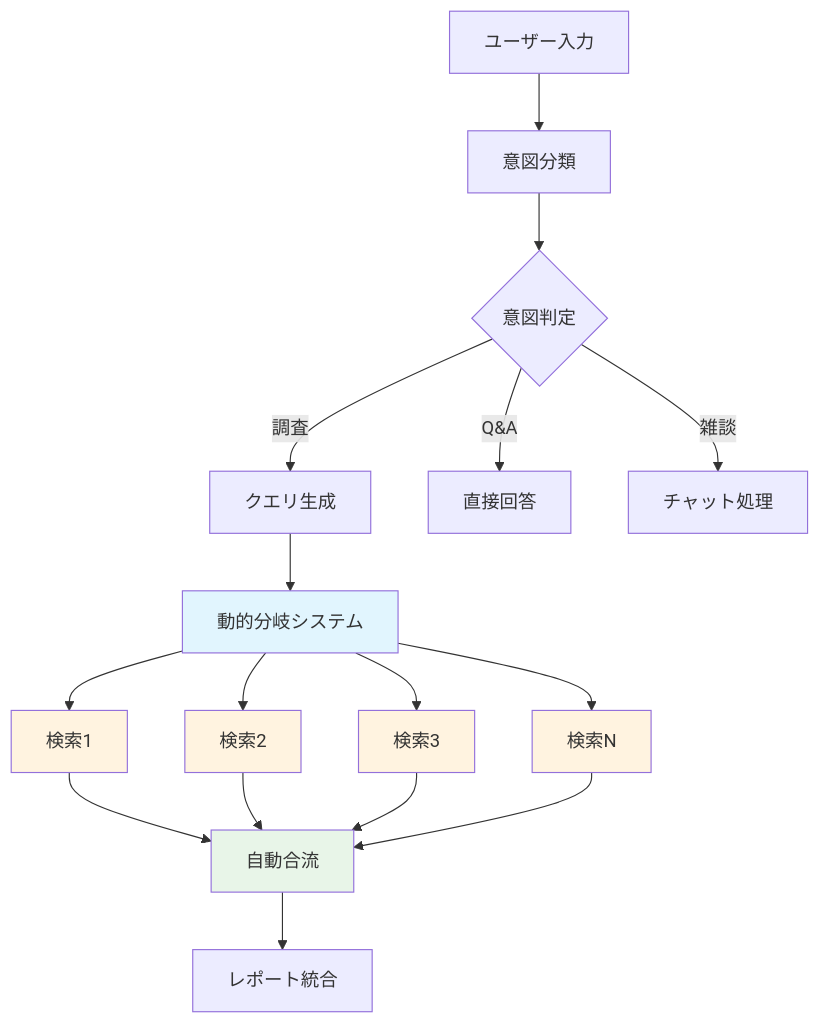
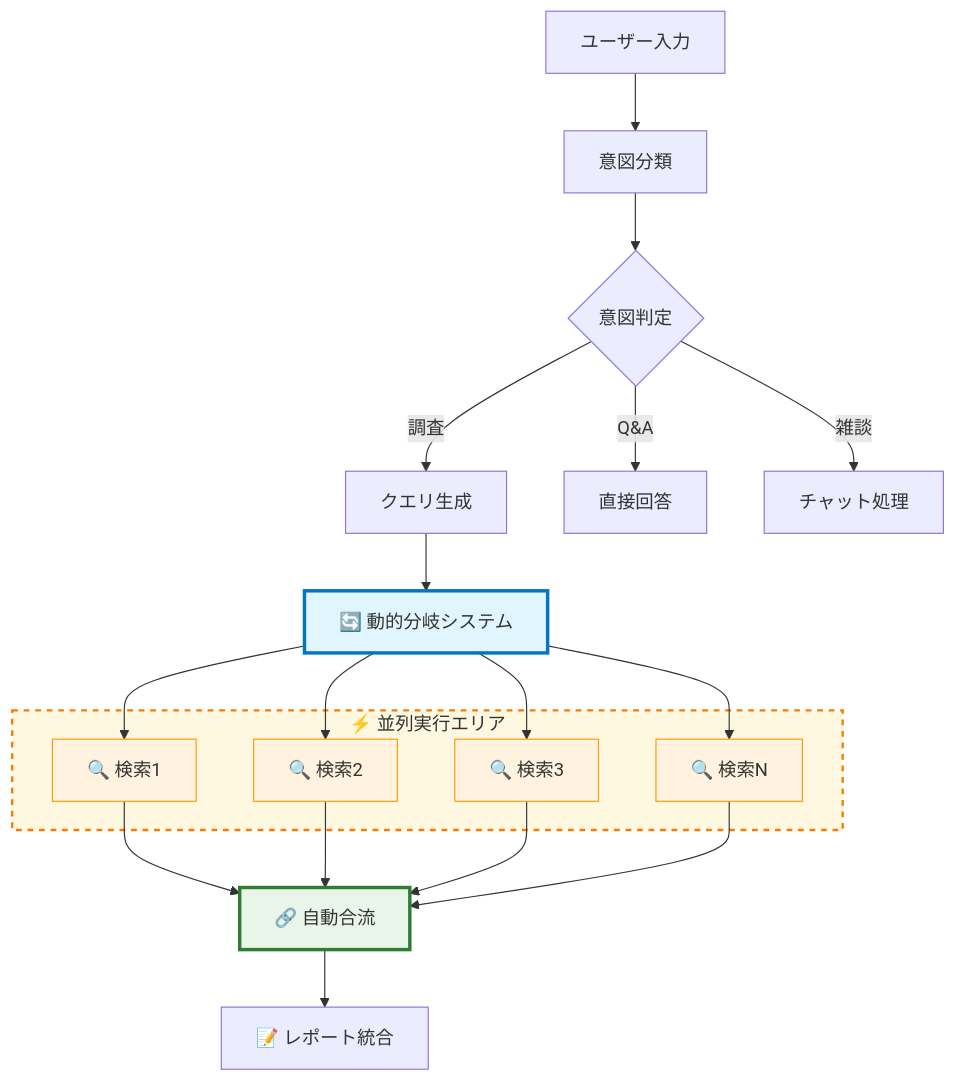
The first of 2 diagrams in README.md (Daku-on/openai-go-demo), drawn with Mermaid before and after one commit. The commit also changed other lines of this file, not shown here.

Commit message:
Update README.md with enhanced Mermaid diagrams and visual styling
- Add visual enhancements to Mermaid flowcharts with emojis and color coding
- Improve parallel execution visualization with subgraph styling
- Add consistent stroke and fill styling across all diagram elements
- Update both Japanese and English versions for consistency

🤖 Generated with [Claude Code](https://claude.ai/code)

````diff
--- a/README.md
+++ b/README.md
@@ -48,28 +48,37 @@
 ```mermaid
 flowchart TD
     A["ユーザー入力"] --> B["意図分類"]
     B --> C{"意図判定"}
     C -->|調査| D["クエリ生成"]
     C -->|Q&A| E["直接回答"]
     C -->|雑談| F["チャット処理"]
     
-    D --> G["動的分岐システム"]
-    G --> H1["検索1"]
-    G --> H2["検索2"] 
-    G --> H3["検索3"]
-    G --> H4["検索N"]
+    D --> G["🔄 動的分岐システム"]
     
-    H1 --> I["自動合流"]
+    subgraph parallel ["⚡ 並列実行エリア"]
+        H1["🔍 検索1"]
+        H2["🔍 検索2"] 
+        H3["🔍 検索3"]
+        H4["🔍 検索N"]
+    end
+    
+    G --> H1
+    G --> H2
+    G --> H3
+    G --> H4
+    
+    H1 --> I["🔗 自動合流"]
     H2 --> I
     H3 --> I
     H4 --> I
     
-    I --> J["レポート統合"]
+    I --> J["📝 レポート統合"]
     
-    style G fill:#e1f5fe
-    style I fill:#e8f5e8
-    style H1 fill:#fff3e0
-    style H2 fill:#fff3e0
-    style H3 fill:#fff3e0
-    style H4 fill:#fff3e0
+    style G fill:#e1f5fe,stroke:#0277bd,stroke-width:3px
+    style I fill:#e8f5e8,stroke:#2e7d32,stroke-width:3px
+    style parallel fill:#fff8e1,stroke:#f57c00,stroke-width:2px,stroke-dasharray: 5 5
+    style H1 fill:#fff3e0,stroke:#ff9800
+    style H2 fill:#fff3e0,stroke:#ff9800
+    style H3 fill:#fff3e0,stroke:#ff9800
+    style H4 fill:#fff3e0,stroke:#ff9800
 ```
````
